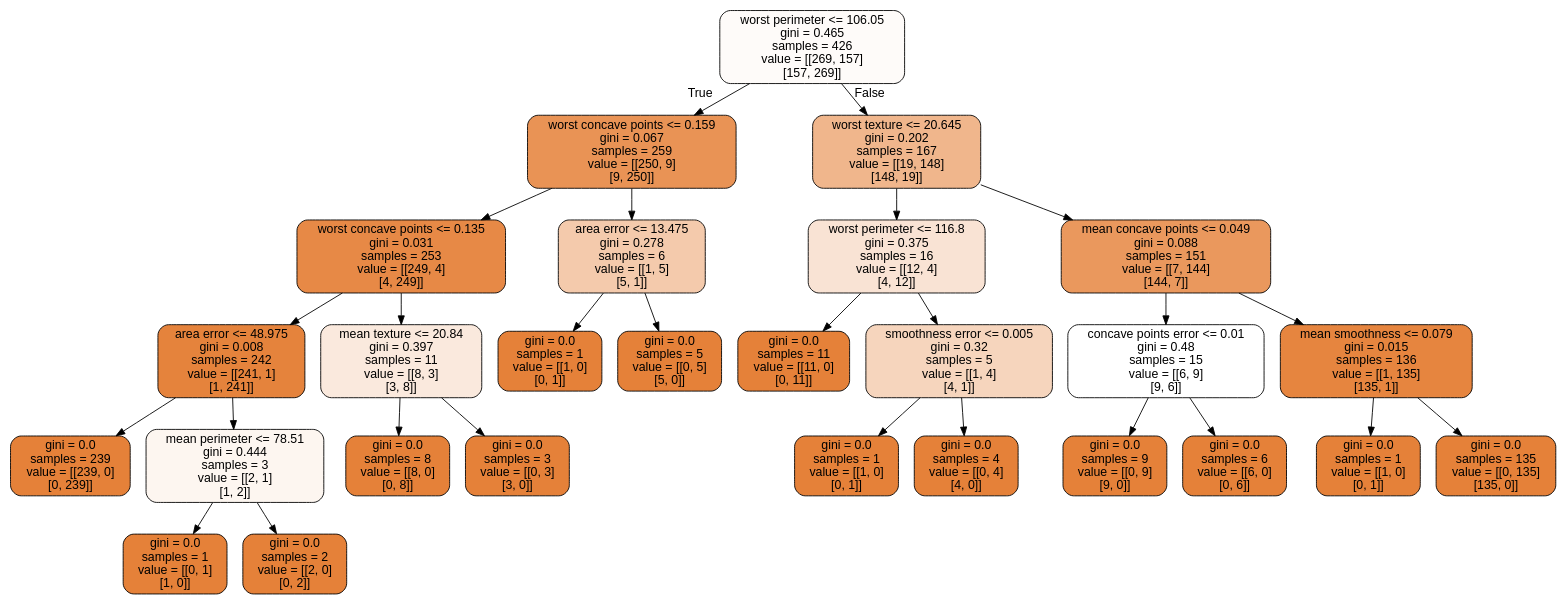
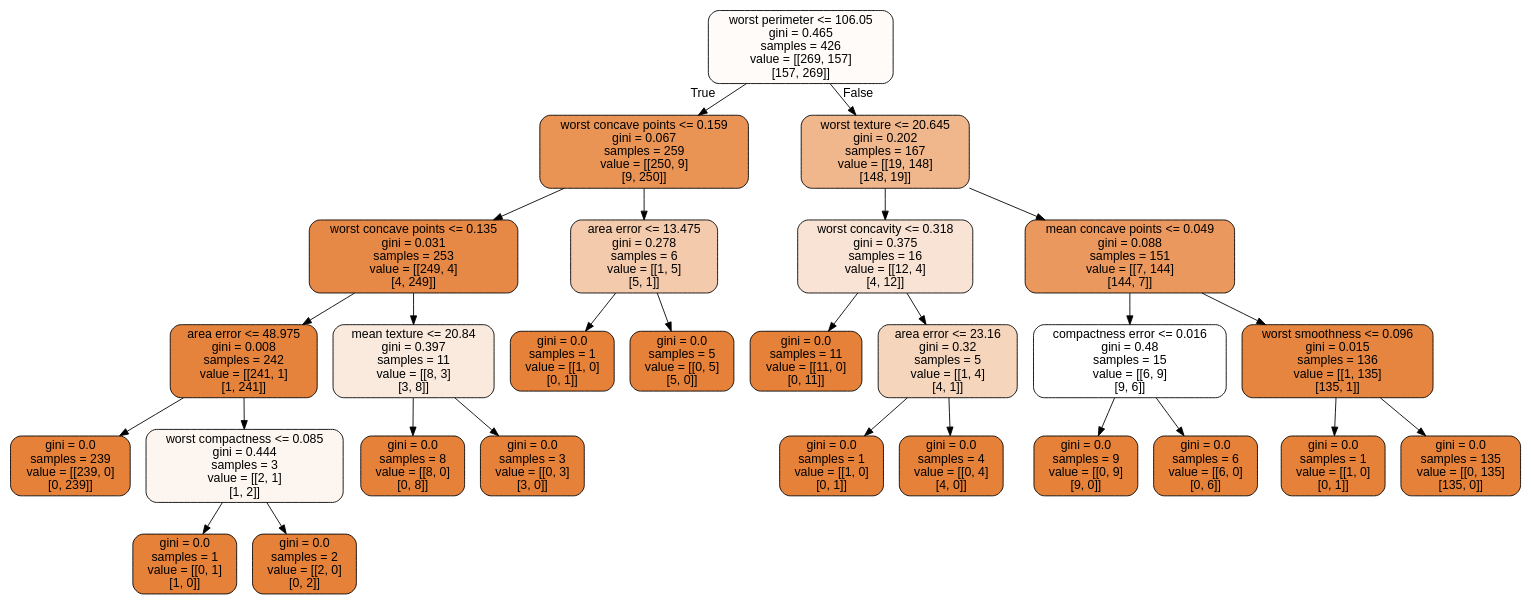
One commit to CompPhysics/MachineLearning changed the diagram in doc/LectureNotes/DataFiles/cancer.dot. Above: the diagram before and after it, drawn with Graphviz. The commit also changed 172 other files, not shown here.

```diff
--- a/doc/LectureNotes/DataFiles/cancer.dot
+++ b/doc/LectureNotes/DataFiles/cancer.dot
@@ -1,57 +1,57 @@
 digraph Tree {
 node [shape=box, style="filled, rounded", color="black", fontname="helvetica"] ;
 edge [fontname="helvetica"] ;
 0 [label="worst perimeter <= 106.05\ngini = 0.465\nsamples = 426\nvalue = [[269, 157]\n[157, 269]]", fillcolor="#fefbf9"] ;
 1 [label="worst concave points <= 0.159\ngini = 0.067\nsamples = 259\nvalue = [[250, 9]\n[9, 250]]", fillcolor="#e99355"] ;
 0 -> 1 [labeldistance=2.5, labelangle=45, headlabel="True"] ;
 2 [label="worst concave points <= 0.135\ngini = 0.031\nsamples = 253\nvalue = [[249, 4]\n[4, 249]]", fillcolor="#e78946"] ;
 1 -> 2 ;
 3 [label="area error <= 48.975\ngini = 0.008\nsamples = 242\nvalue = [[241, 1]\n[1, 241]]", fillcolor="#e5833c"] ;
 2 -> 3 ;
 4 [label="gini = 0.0\nsamples = 239\nvalue = [[239, 0]\n[0, 239]]", fillcolor="#e58139"] ;
 3 -> 4 ;
-5 [label="mean perimeter <= 78.51\ngini = 0.444\nsamples = 3\nvalue = [[2, 1]\n[1, 2]]", fillcolor="#fdf6f0"] ;
+5 [label="worst compactness <= 0.085\ngini = 0.444\nsamples = 3\nvalue = [[2, 1]\n[1, 2]]", fillcolor="#fdf6f0"] ;
 3 -> 5 ;
 6 [label="gini = 0.0\nsamples = 1\nvalue = [[0, 1]\n[1, 0]]", fillcolor="#e58139"] ;
 5 -> 6 ;
 7 [label="gini = 0.0\nsamples = 2\nvalue = [[2, 0]\n[0, 2]]", fillcolor="#e58139"] ;
 5 -> 7 ;
 8 [label="mean texture <= 20.84\ngini = 0.397\nsamples = 11\nvalue = [[8, 3]\n[3, 8]]", fillcolor="#fae9dd"] ;
 2 -> 8 ;
 9 [label="gini = 0.0\nsamples = 8\nvalue = [[8, 0]\n[0, 8]]", fillcolor="#e58139"] ;
 8 -> 9 ;
 10 [label="gini = 0.0\nsamples = 3\nvalue = [[0, 3]\n[3, 0]]", fillcolor="#e58139"] ;
 8 -> 10 ;
 11 [label="area error <= 13.475\ngini = 0.278\nsamples = 6\nvalue = [[1, 5]\n[5, 1]]", fillcolor="#f4caac"] ;
 1 -> 11 ;
 12 [label="gini = 0.0\nsamples = 1\nvalue = [[1, 0]\n[0, 1]]", fillcolor="#e58139"] ;
 11 -> 12 ;
 13 [label="gini = 0.0\nsamples = 5\nvalue = [[0, 5]\n[5, 0]]", fillcolor="#e58139"] ;
 11 -> 13 ;
 14 [label="worst texture <= 20.645\ngini = 0.202\nsamples = 167\nvalue = [[19, 148]\n[148, 19]]", fillcolor="#f0b68c"] ;
 0 -> 14 [labeldistance=2.5, labelangle=-45, headlabel="False"] ;
-15 [label="worst perimeter <= 116.8\ngini = 0.375\nsamples = 16\nvalue = [[12, 4]\n[4, 12]]", fillcolor="#f9e3d4"] ;
+15 [label="worst concavity <= 0.318\ngini = 0.375\nsamples = 16\nvalue = [[12, 4]\n[4, 12]]", fillcolor="#f9e3d4"] ;
 14 -> 15 ;
 16 [label="gini = 0.0\nsamples = 11\nvalue = [[11, 0]\n[0, 11]]", fillcolor="#e58139"] ;
 15 -> 16 ;
-17 [label="smoothness error <= 0.005\ngini = 0.32\nsamples = 5\nvalue = [[1, 4]\n[4, 1]]", fillcolor="#f6d5bd"] ;
+17 [label="area error <= 23.16\ngini = 0.32\nsamples = 5\nvalue = [[1, 4]\n[4, 1]]", fillcolor="#f6d5bd"] ;
 15 -> 17 ;
 18 [label="gini = 0.0\nsamples = 1\nvalue = [[1, 0]\n[0, 1]]", fillcolor="#e58139"] ;
 17 -> 18 ;
 19 [label="gini = 0.0\nsamples = 4\nvalue = [[0, 4]\n[4, 0]]", fillcolor="#e58139"] ;
 17 -> 19 ;
 20 [label="mean concave points <= 0.049\ngini = 0.088\nsamples = 151\nvalue = [[7, 144]\n[144, 7]]", fillcolor="#ea985d"] ;
 14 -> 20 ;
-21 [label="concave points error <= 0.01\ngini = 0.48\nsamples = 15\nvalue = [[6, 9]\n[9, 6]]", fillcolor="#ffffff"] ;
+21 [label="compactness error <= 0.016\ngini = 0.48\nsamples = 15\nvalue = [[6, 9]\n[9, 6]]", fillcolor="#ffffff"] ;
 20 -> 21 ;
 22 [label="gini = 0.0\nsamples = 9\nvalue = [[0, 9]\n[9, 0]]", fillcolor="#e58139"] ;
 21 -> 22 ;
 23 [label="gini = 0.0\nsamples = 6\nvalue = [[6, 0]\n[0, 6]]", fillcolor="#e58139"] ;
 21 -> 23 ;
-24 [label="mean smoothness <= 0.079\ngini = 0.015\nsamples = 136\nvalue = [[1, 135]\n[135, 1]]", fillcolor="#e6853f"] ;
+24 [label="worst smoothness <= 0.096\ngini = 0.015\nsamples = 136\nvalue = [[1, 135]\n[135, 1]]", fillcolor="#e6853f"] ;
 20 -> 24 ;
 25 [label="gini = 0.0\nsamples = 1\nvalue = [[1, 0]\n[0, 1]]", fillcolor="#e58139"] ;
 24 -> 25 ;
 26 [label="gini = 0.0\nsamples = 135\nvalue = [[0, 135]\n[135, 0]]", fillcolor="#e58139"] ;
 24 -> 26 ;
 }
```
